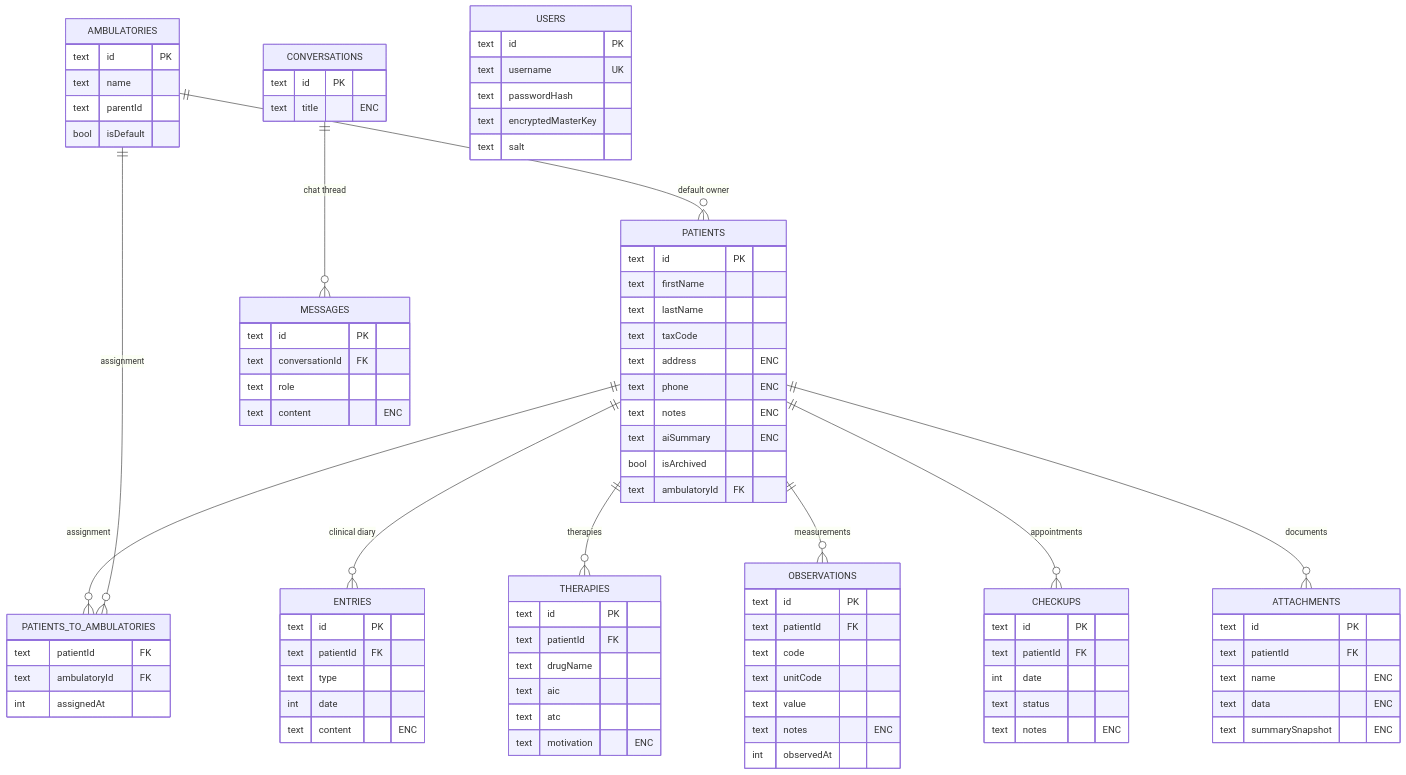
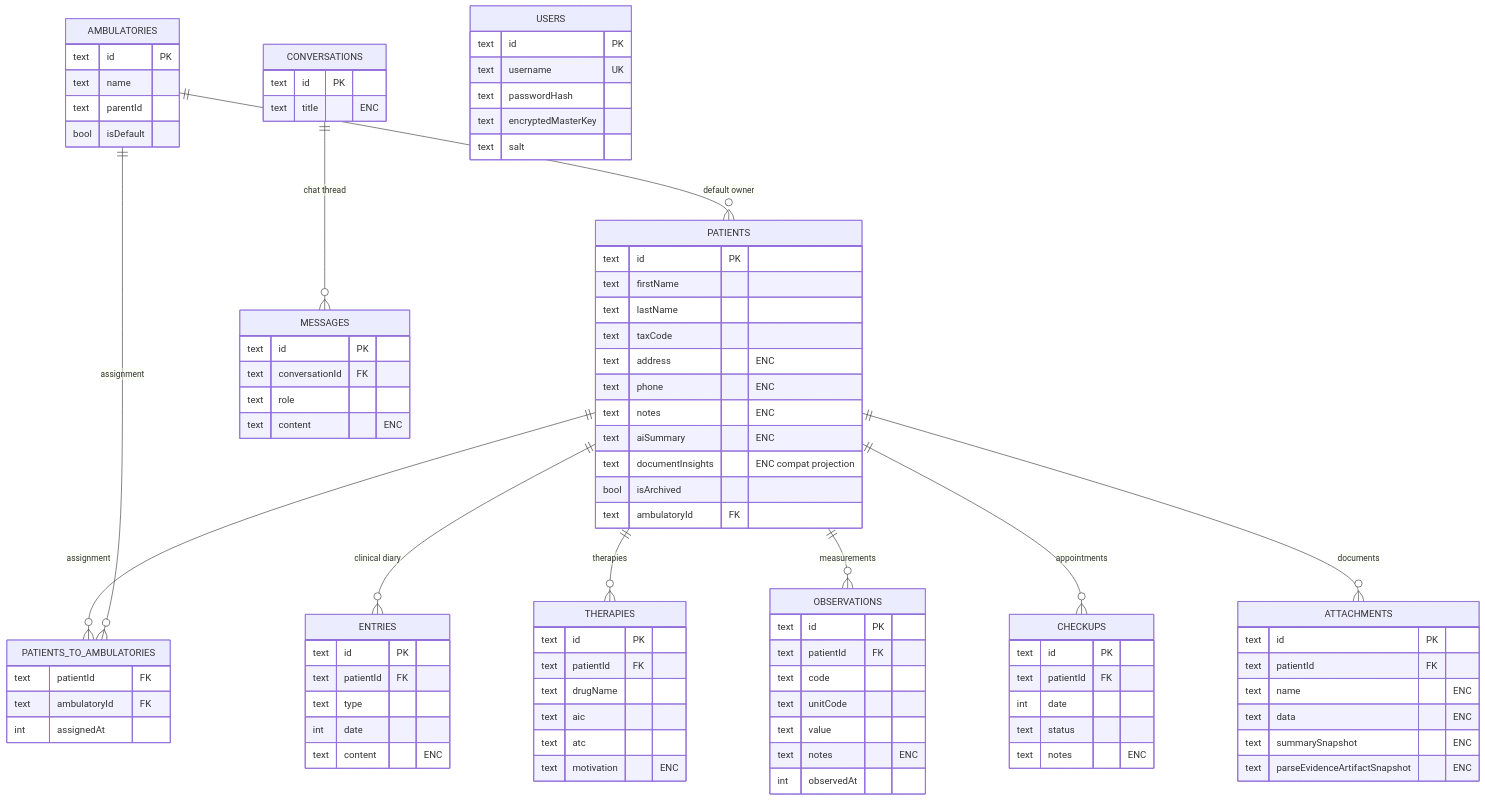
The third of 10 diagrams in docs/topologia-dati-flussi.md (Wulfgardr/mediflow), drawn with Mermaid before and after one commit. The commit also changed other lines of this file and 470 other files, not shown here.

```diff
--- a/docs/topologia-dati-flussi.md
+++ b/docs/topologia-dati-flussi.md
@@ -118,6 +137,7 @@
         text phone "ENC"
         text notes "ENC"
         text aiSummary "ENC"
+        text documentInsights "ENC compat projection"
         bool isArchived
         text ambulatoryId FK
     }
@@ -163,6 +183,7 @@
         text name "ENC"
         text data "ENC"
         text summarySnapshot "ENC"
+        text parseEvidenceArtifactSnapshot "ENC"
     }
     CONVERSATIONS {
         text id PK
```
